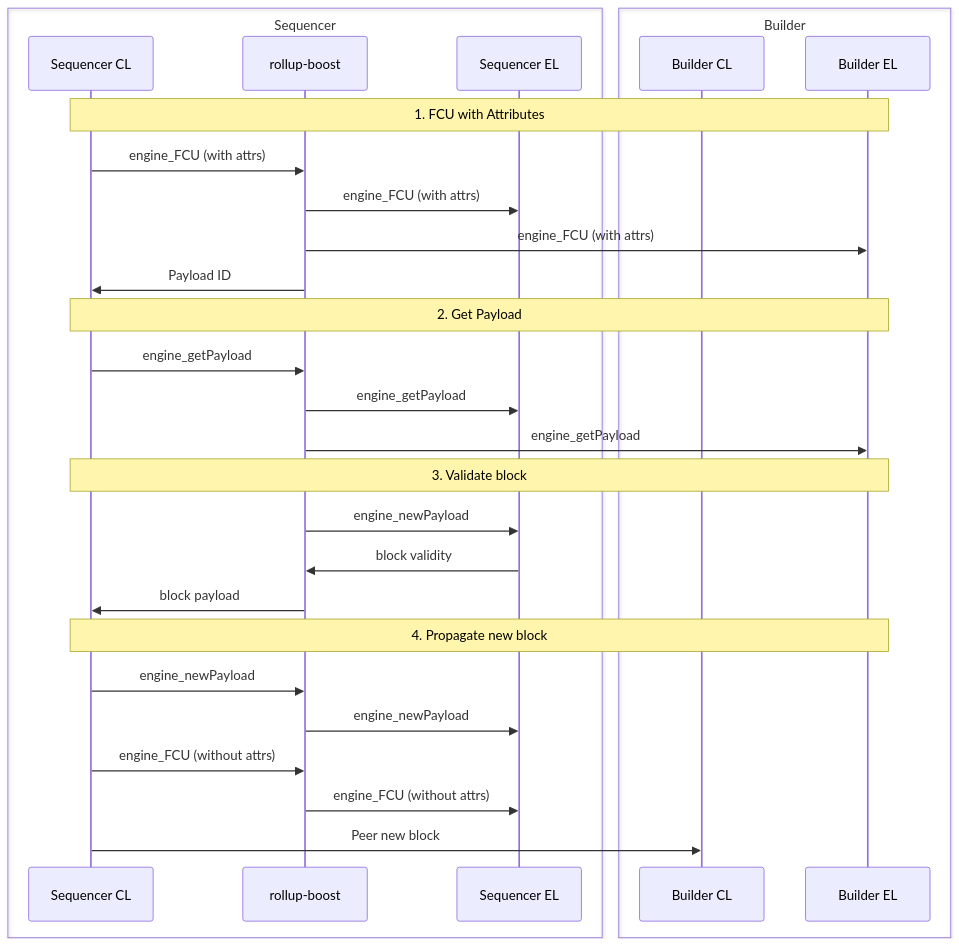
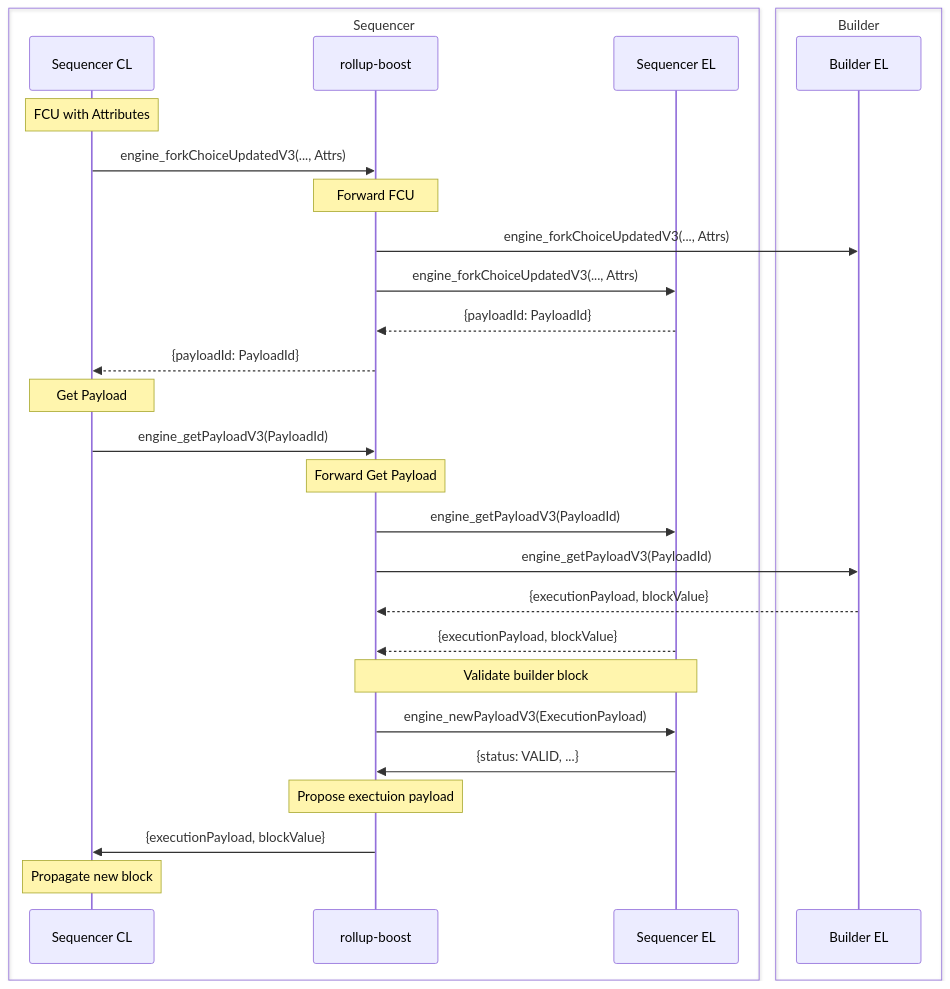
One commit to worldcoin/world-chain changed the second of 2 diagrams in specs/pbh/architecture.md. Above: the diagram before and after it, drawn with Mermaid. The commit also changed other lines of this file, not shown here.

Commit message:
update rollup boost sequence diagram

````diff
--- a/specs/pbh/architecture.md
+++ b/specs/pbh/architecture.md
@@ -43,35 +43,41 @@
 ```mermaid
 sequenceDiagram
     box Sequencer
         participant sequencer-cl as Sequencer CL
         participant rollup-boost
         participant sequencer-el as Sequencer EL
     end
     box Builder
-        participant builder-cl as Builder CL
         participant builder-el as Builder EL
     end
 
-    Note over sequencer-cl, builder-el: 1. FCU with Attributes
-    sequencer-cl->>rollup-boost: engine_FCU (with attrs)
-    rollup-boost->>sequencer-el: engine_FCU (with attrs)
-    rollup-boost->>builder-el: engine_FCU (with attrs)
-    rollup-boost->>sequencer-cl: Payload ID
+    Note over sequencer-cl: FCU with Attributes
+    sequencer-cl->>rollup-boost: engine_forkChoiceUpdatedV3(..., Attrs)
 
-    Note over sequencer-cl, builder-el: 2. Get Payload
-    sequencer-cl->>rollup-boost: engine_getPayload
-    rollup-boost->>sequencer-el: engine_getPayload
-    rollup-boost->>builder-el: engine_getPayload
+    Note over rollup-boost: Forward FCU
+    rollup-boost->>builder-el: engine_forkChoiceUpdatedV3(..., Attrs)
 
-    Note over sequencer-cl, builder-el: 3. Validate block
-    rollup-boost->>sequencer-el: engine_newPayload
-    sequencer-el->>rollup-boost: block validity
-    rollup-boost->>sequencer-cl: block payload
+    rollup-boost->>sequencer-el: engine_forkChoiceUpdatedV3(..., Attrs)
+    sequencer-el-->>rollup-boost: {payloadId: PayloadId}
+    rollup-boost-->>sequencer-cl: {payloadId: PayloadId}
 
-    Note over sequencer-cl, builder-el: 4. Propagate new block
-    sequencer-cl->>rollup-boost: engine_newPayload
-    rollup-boost->>sequencer-el: engine_newPayload
-    sequencer-cl->>rollup-boost: engine_FCU (without attrs)
-    rollup-boost->>sequencer-el: engine_FCU (without attrs)
-    sequencer-cl->>builder-cl: Peer new block
+
+    Note over sequencer-cl: Get Payload
+    sequencer-cl->>rollup-boost: engine_getPayloadV3(PayloadId)
+    Note over rollup-boost: Forward Get Payload
+    rollup-boost->>sequencer-el: engine_getPayloadV3(PayloadId)
+    rollup-boost->>builder-el: engine_getPayloadV3(PayloadId)
+    builder-el-->>rollup-boost: {executionPayload, blockValue}
+    sequencer-el-->>rollup-boost: {executionPayload, blockValue}
+
+
+
+    Note over rollup-boost, sequencer-el: Validate builder block
+    rollup-boost->>sequencer-el: engine_newPayloadV3(ExecutionPayload)
+    sequencer-el->>rollup-boost: {status: VALID, ...}
+
+    Note over rollup-boost: Propose exectuion payload
+    rollup-boost->>sequencer-cl: {executionPayload, blockValue}
+    
+    Note over sequencer-cl: Propagate new block
 ```
````
